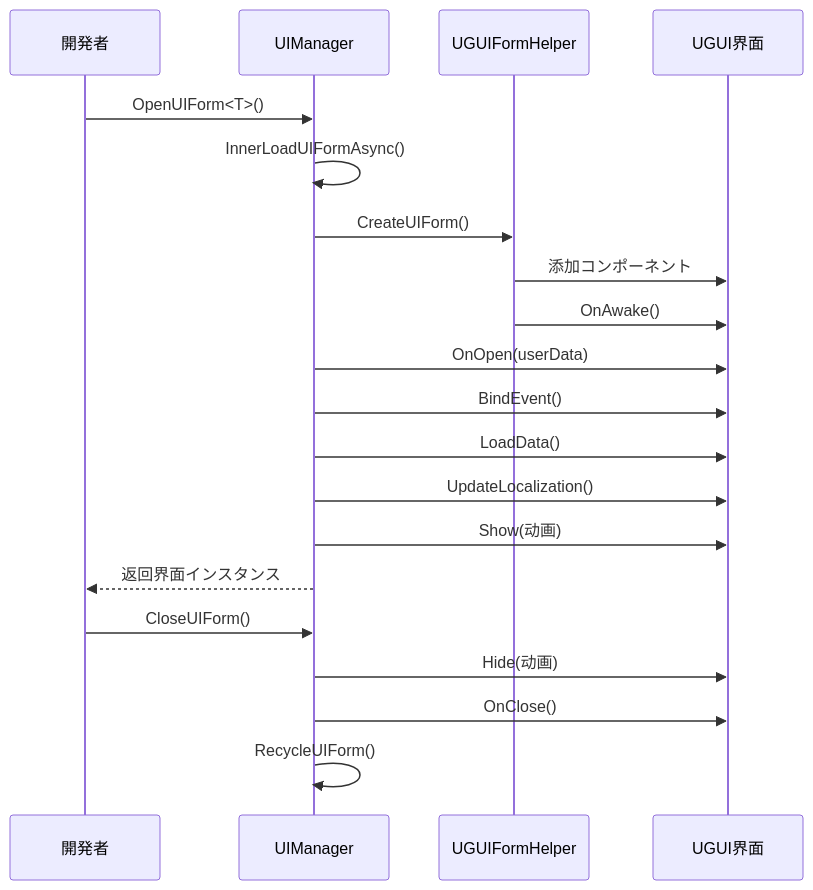
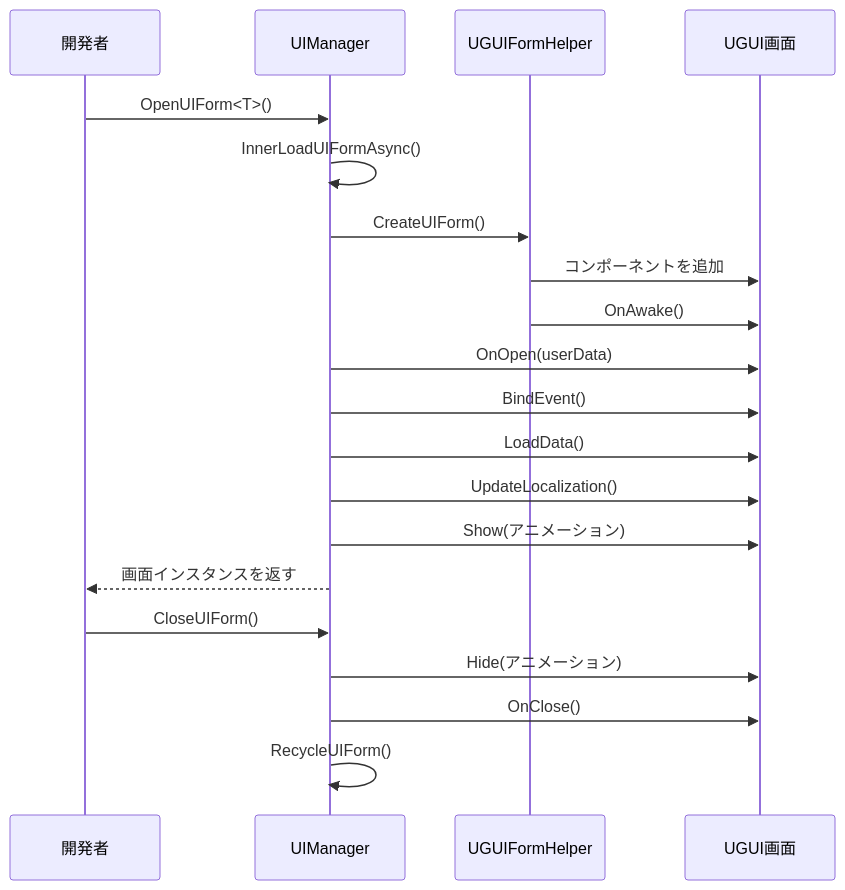
One commit to AlianBlank/GameFrameX.Docs changed the second of 2 diagrams in docs/ja/client/unity/component/ui-ugui/13.create-ui.md. Above: the diagram before and after it, drawn with Mermaid. The commit also changed other lines of this file and 320 other files, not shown here.

````diff
--- a/docs/ja/client/unity/component/ui-ugui/13.create-ui.md
+++ b/docs/ja/client/unity/component/ui-ugui/13.create-ui.md
@@ -227,24 +227,24 @@
 ```mermaid
 sequenceDiagram
     participant Dev as 開発者
     participant UI as UIManager
     participant Helper as UGUIFormHelper
-    participant Form as UGUI界面
+    participant Form as UGUI画面
 
     Dev->>UI: OpenUIForm<T>()
     UI->>UI: InnerLoadUIFormAsync()
     UI->>Helper: CreateUIForm()
-    Helper->>Form: 添加コンポーネント
+    Helper->>Form: コンポーネントを追加
     Helper->>Form: OnAwake()
     UI->>Form: OnOpen(userData)
     UI->>Form: BindEvent()
     UI->>Form: LoadData()
     UI->>Form: UpdateLocalization()
-    UI->>Form: Show(动画)
-    UI-->>Dev: 返回界面インスタンス
+    UI->>Form: Show(アニメーション)
+    UI-->>Dev: 画面インスタンスを返す
 
     Dev->>UI: CloseUIForm()
-    UI->>Form: Hide(动画)
+    UI->>Form: Hide(アニメーション)
     UI->>Form: OnClose()
     UI->>UI: RecycleUIForm()
 ```
````
